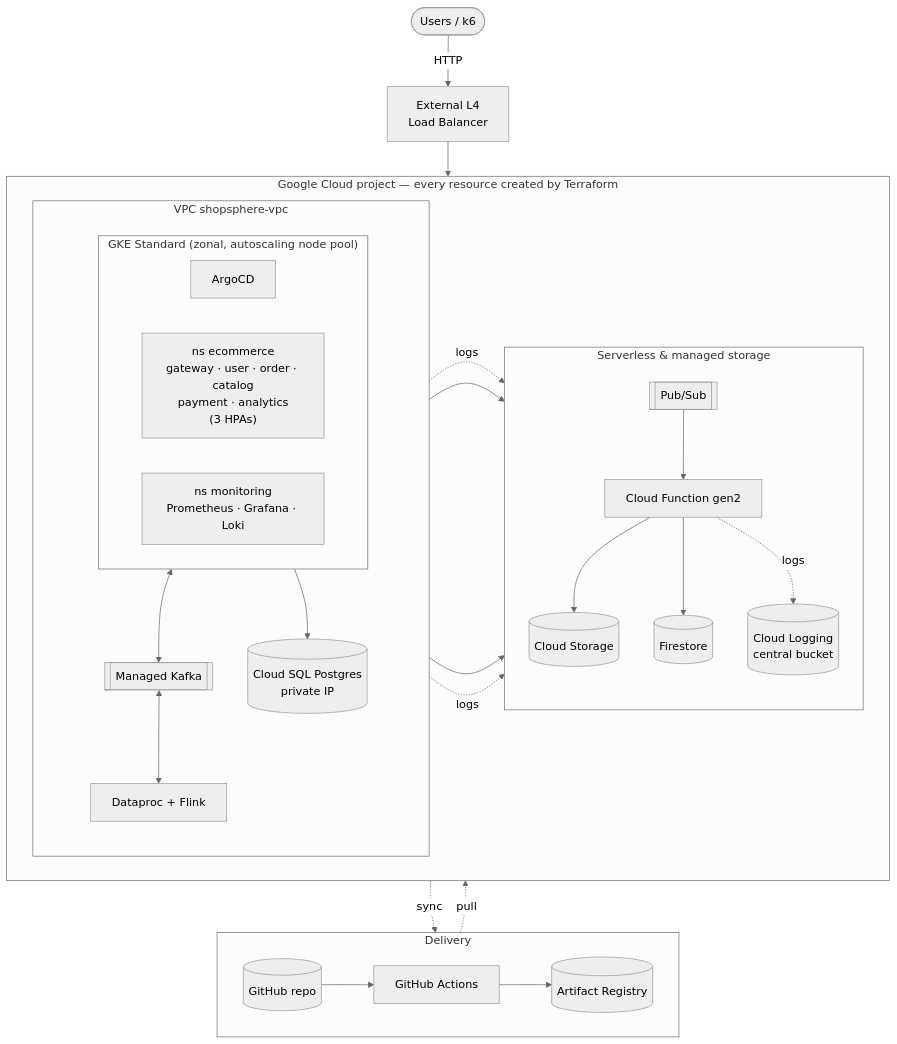
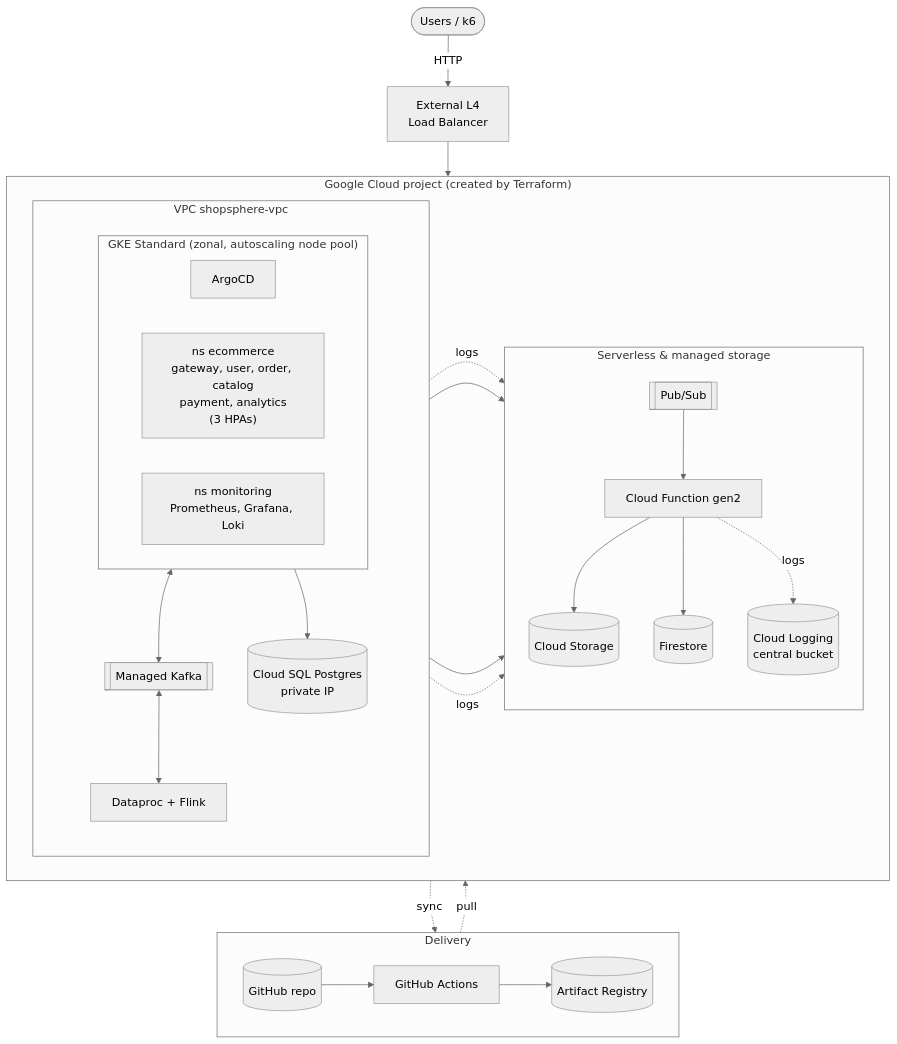
Before and after one commit to anshcode1911-cmd/shopsphere: the diagram in docs/diagrams/01-cloud-deployment.mmd, drawn with Mermaid (neutral theme). The commit also changed 11 other files, not shown here.

```diff
--- a/docs/diagrams/01-cloud-deployment.mmd
+++ b/docs/diagrams/01-cloud-deployment.mmd
@@ -1,41 +1,41 @@
 flowchart TB
   user([Users / k6]) -->|HTTP| lb[External L4<br/>Load Balancer]
   subgraph CICD["Delivery"]
     direction LR
     gh[(GitHub repo)] --> gha[GitHub Actions] --> ar[(Artifact Registry)]
   end
-  subgraph GCP["Google Cloud project — every resource created by Terraform"]
+  subgraph GCP["Google Cloud project (created by Terraform)"]
     direction LR
     subgraph VPC["VPC shopsphere-vpc"]
       direction TB
       subgraph GKE["GKE Standard (zonal, autoscaling node pool)"]
         direction LR
         argocd[ArgoCD]
-        apps["ns ecommerce<br/>gateway · user · order · catalog<br/>payment · analytics<br/>(3 HPAs)"]
-        mon["ns monitoring<br/>Prometheus · Grafana · Loki"]
+        apps["ns ecommerce<br/>gateway, user, order, catalog<br/>payment, analytics<br/>(3 HPAs)"]
+        mon["ns monitoring<br/>Prometheus, Grafana, Loki"]
       end
       sql[(Cloud SQL Postgres<br/>private IP)]
       kafka[[Managed Kafka]]
       dp[Dataproc + Flink]
     end
     subgraph SVL["Serverless & managed storage"]
       direction TB
       pubsub[[Pub/Sub]]
       fn[Cloud Function gen2]
       fs[(Firestore)]
       gcs[(Cloud Storage)]
       logs[(Cloud Logging<br/>central bucket)]
     end
   end
   lb --> apps
   argocd -. sync .-> gh
   ar -. pull .-> apps
   apps --> sql
   apps <--> kafka
   kafka <--> dp
   apps --> fs
   apps --> pubsub --> fn --> gcs
   fn --> fs
   GKE -. logs .-> logs
   dp -. logs .-> logs
   fn -. logs .-> logs
```
